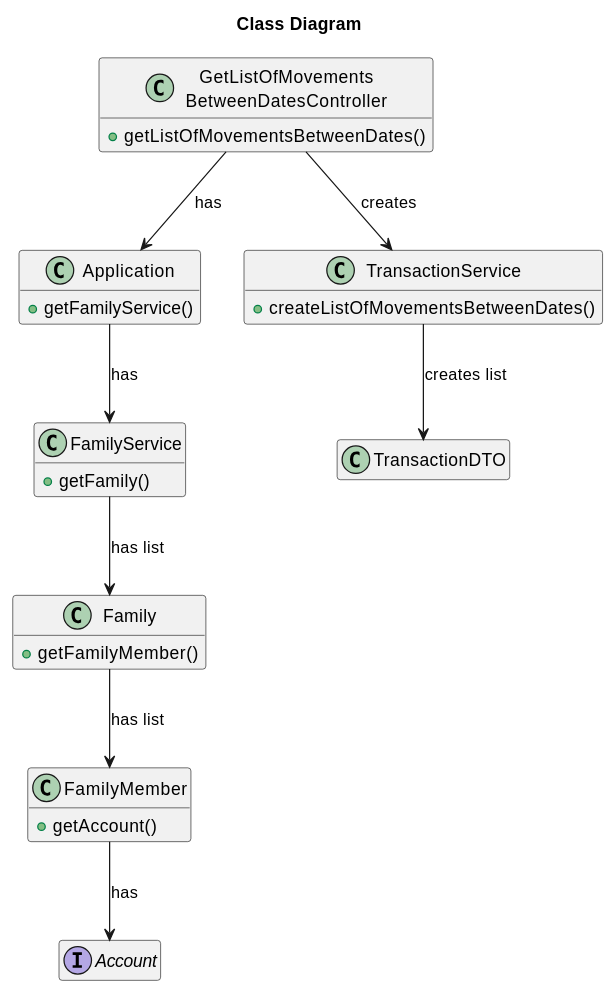
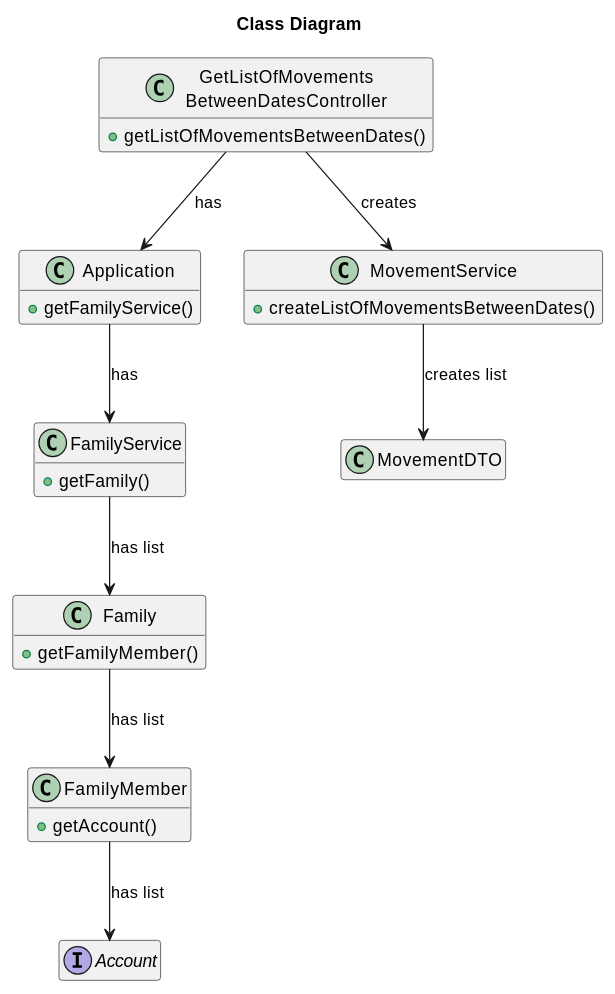
One commit to tomas-osswald/switch_2020_g3 changed the fourth of 4 diagrams in docs/sprint2/user_stories/US186_GetListOfMovementsBetweenDates.md. Above: the diagram before and after it, drawn with PlantUML. The commit also changed other lines of this file, not shown here.

````diff
--- a/docs/sprint2/user_stories/US186_GetListOfMovementsBetweenDates.md
+++ b/docs/sprint2/user_stories/US186_GetListOfMovementsBetweenDates.md
@@ -188,47 +184,45 @@
 ```puml
-
-
 
 title Class Diagram
 hide empty members
 
 class GetListOfMovements\nBetweenDatesController {
 + getListOfMovementsBetweenDates()
 }
 
 
 class Application {
 + getFamilyService()
 }
 
 class FamilyService {
 + getFamily()
 }
 
 class Family {
 + getFamilyMember()
 }
 
 class FamilyMember {
 + getAccount()
 }
 
-class TransactionService {
+class MovementService {
 + createListOfMovementsBetweenDates()
 }
 
-class TransactionDTO {
+class MovementDTO {
 }
 
 interface Account {}
 
 GetListOfMovements\nBetweenDatesController --> Application : has
 Application --> FamilyService : has
-GetListOfMovements\nBetweenDatesController --> TransactionService : creates
+GetListOfMovements\nBetweenDatesController --> MovementService : creates
 FamilyService --> Family : has list
 Family --> FamilyMember : has list
-FamilyMember --> Account : has
-TransactionService --> TransactionDTO : creates list
+FamilyMember --> Account : has list
+MovementService --> MovementDTO : creates list
 
 
 ```
````
